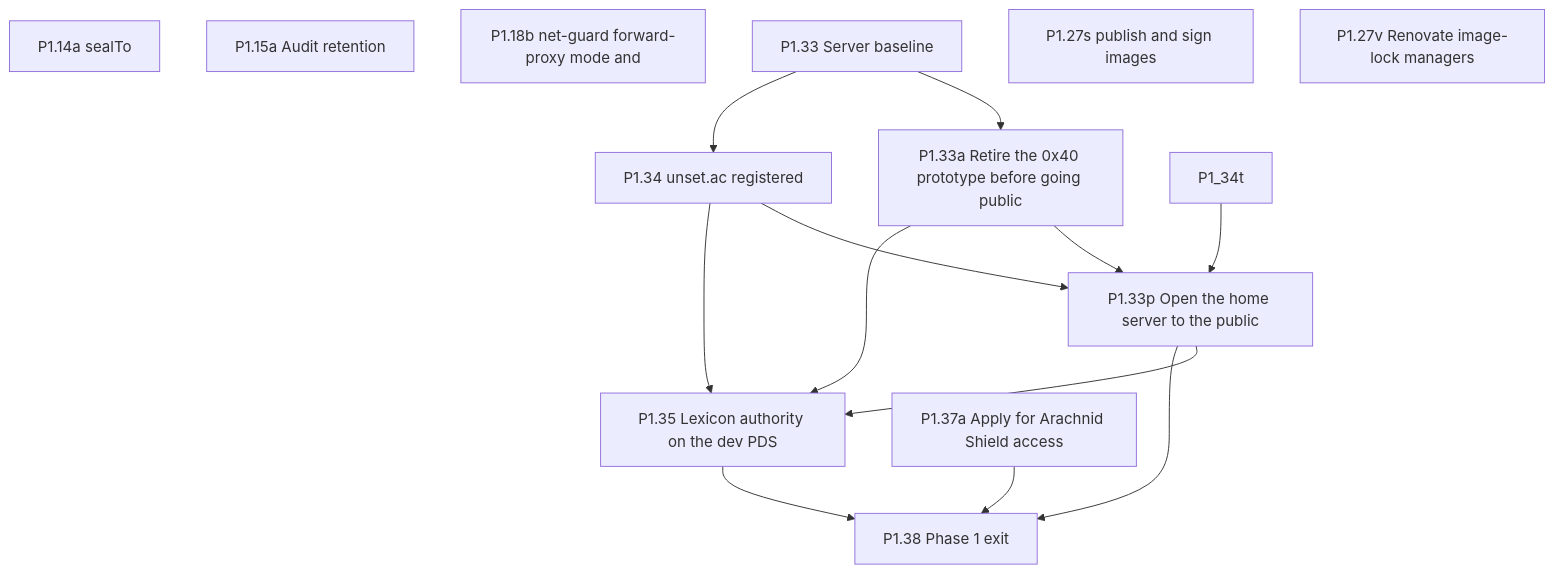
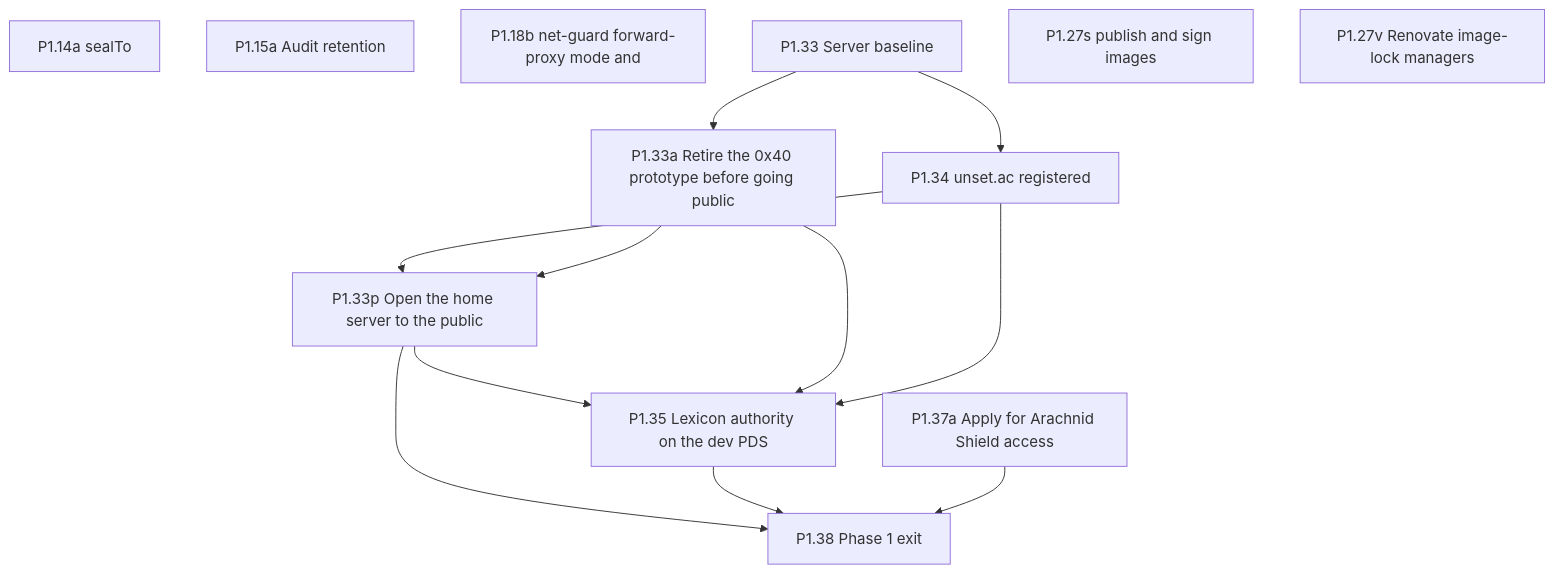
Before and after one commit to Undefined6799/unset: the fourth of 11 diagrams in docs/ai/book/01-outline.md, drawn with Mermaid. The commit also changed other lines of this file and 3 other files, not shown here.

````diff
--- a/docs/ai/book/01-outline.md
+++ b/docs/ai/book/01-outline.md
@@ -1167,26 +1169,25 @@
 ```mermaid
 flowchart TD
   P1_14a["P1.14a sealTo"]
   P1_15a["P1.15a Audit retention"]
   P1_18b["P1.18b net-guard forward-proxy mode and"]
   P1_33["P1.33 Server baseline"]
   P1_33a["P1.33a Retire the 0x40 prototype before going public"]
   P1_33p["P1.33p Open the home server to the public"]
   P1_34["P1.34 unset.ac registered"]
   P1_35["P1.35 Lexicon authority on the dev PDS"]
   P1_27s["P1.27s publish and sign images"]
   P1_27v["P1.27v Renovate image-lock managers"]
   P1_37a["P1.37a Apply for Arachnid Shield access"]
   P1_38["P1.38 Phase 1 exit"]
   P1_33 --> P1_33a
   P1_33 --> P1_34
   P1_34 --> P1_33p
-  P1_34t --> P1_33p
   P1_33a --> P1_33p
   P1_33p --> P1_35
   P1_33a --> P1_35
   P1_33p --> P1_38
   P1_34 --> P1_35
   P1_35 --> P1_38
   P1_37a --> P1_38
 ```
````
